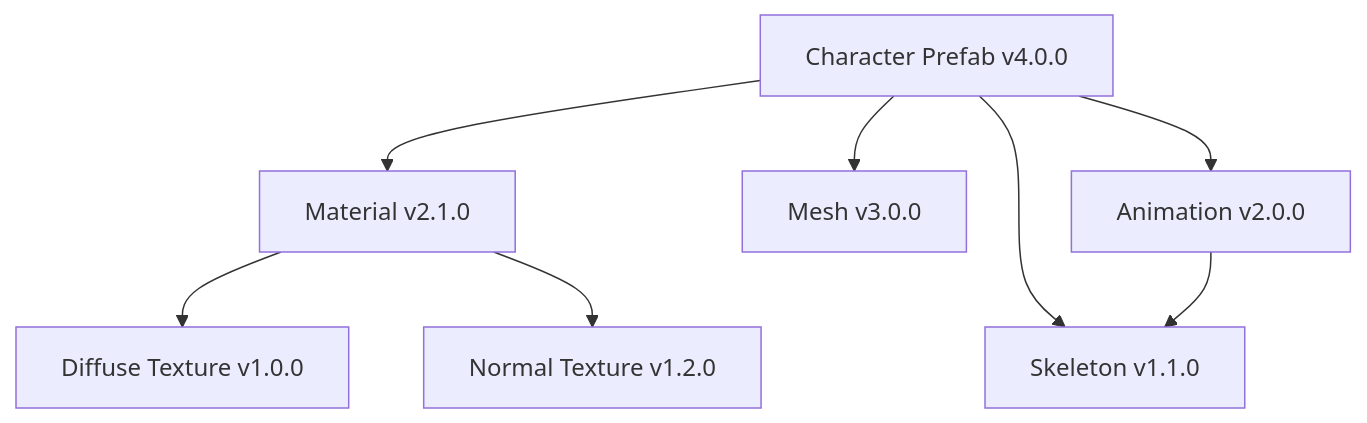
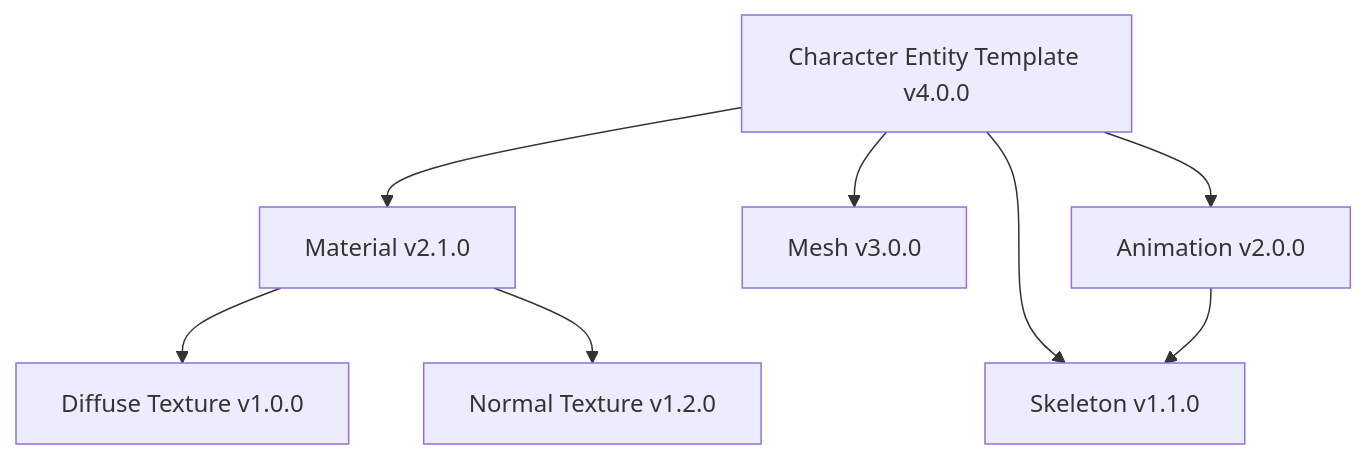
The fifth of 9 diagrams in docs/design/content-pipeline/dcc-versioning.md (harmonius-dev/harmonius), drawn with Mermaid before and after one commit. The commit also changed other lines of this file and 582 other files, not shown here.

````diff
--- a/docs/design/content-pipeline/dcc-versioning.md
+++ b/docs/design/content-pipeline/dcc-versioning.md
@@ -376,18 +376,18 @@
 ```mermaid
 graph TD
     MAT[Material v2.1.0]
     TEX_D[Diffuse Texture v1.0.0]
     TEX_N[Normal Texture v1.2.0]
     MESH[Mesh v3.0.0]
     SKEL[Skeleton v1.1.0]
     ANIM[Animation v2.0.0]
-    PREFAB[Character Prefab v4.0.0]
+    PREFAB[Character Entity Template v4.0.0]
 
     PREFAB --> MESH
     PREFAB --> MAT
     PREFAB --> SKEL
     PREFAB --> ANIM
     MAT --> TEX_D
     MAT --> TEX_N
     ANIM --> SKEL
 ```
````
